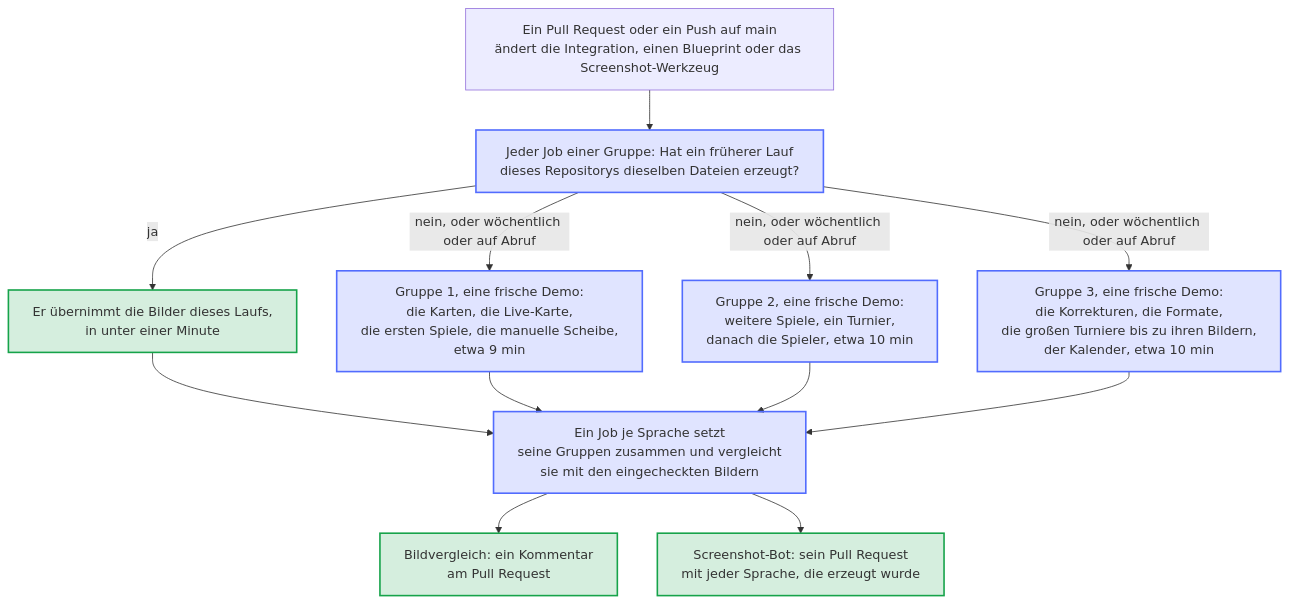
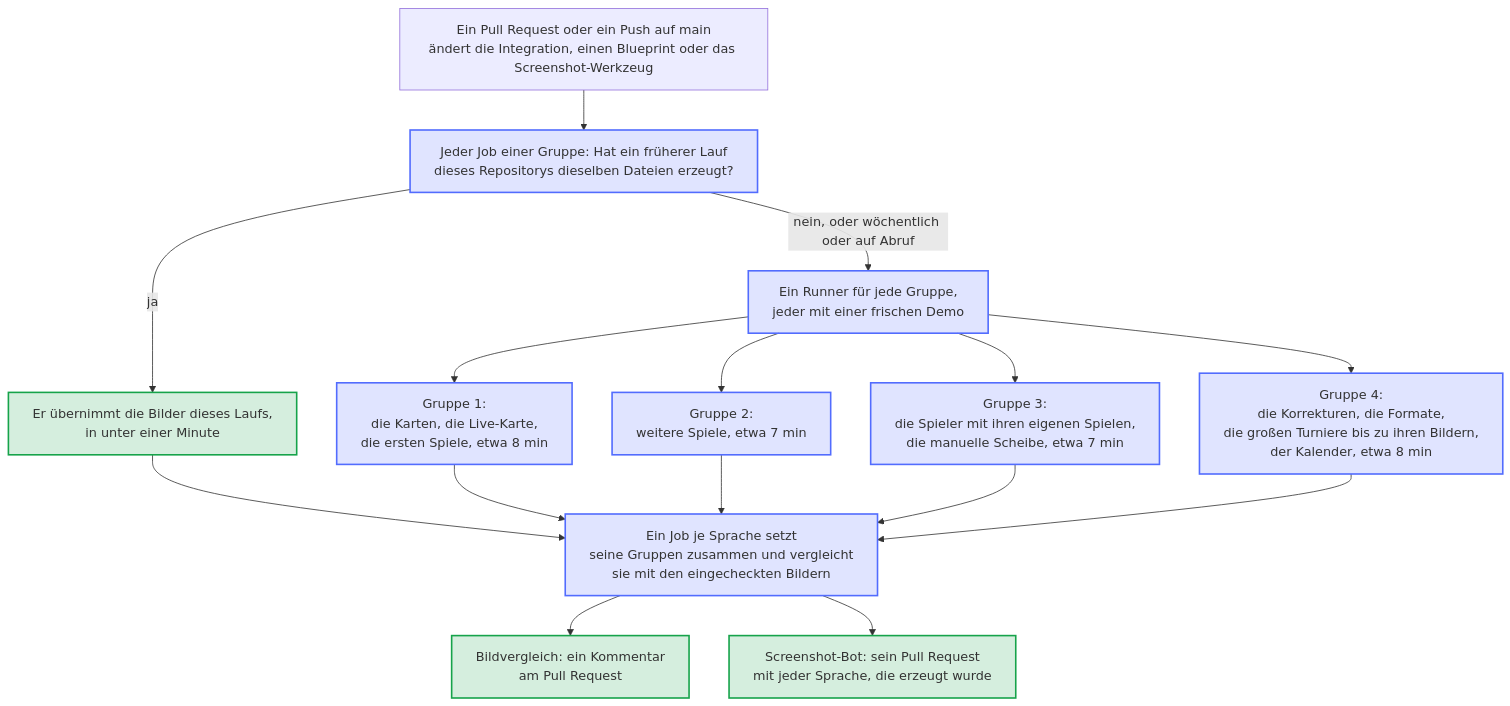
Before and after one commit to Dennis-Otto/homedarts-for-autodarts: the diagram in docs/diagrams/screenshot-groups.de.mmd, drawn with Mermaid. The commit also changed 16 other files, not shown here.

```diff
--- a/docs/diagrams/screenshot-groups.de.mmd
+++ b/docs/diagrams/screenshot-groups.de.mmd
@@ -1,24 +1,26 @@
 ---
 config:
   flowchart:
     wrappingWidth: 400
 ---
 flowchart TB
   accTitle: Wie Bildvergleich und Screenshot-Bot die Bilder in Gruppen erzeugen
-  accDescr: Jede Sprache wird in drei Gruppen gleichzeitig erzeugt, jede Gruppe auf einem eigenen Runner. Zuerst sucht jeder Job einer Gruppe einen früheren Lauf des Bildvergleichs oder des Screenshot-Bots auf einem Branch dieses Repositorys, der dieselben Dateien erzeugt hat; dessen Bilder übernimmt er in unter einer Minute. Sonst erzeugt er sie aus einer frischen Demo. Die Karten, die ersten Spiele und die Dartscheibe ohne Autodarts bilden Gruppe 1, weitere Spiele mit den Spielern Gruppe 2, die Korrekturen eines Darts, die Formate, die großen Turniere und der Kalender Gruppe 3. Danach setzt ein Job je Sprache die Bilder seiner drei Gruppen zusammen und vergleicht sie mit den eingecheckten Bildern. Der Bildvergleich schreibt den Vergleich in einen Kommentar am Pull Request; der Screenshot-Bot aktualisiert seinen Pull Request mit jeder Sprache, die erzeugt wurde.
+  accDescr: Jede Sprache wird in vier Gruppen gleichzeitig erzeugt, jede Gruppe auf einem eigenen Runner. Zuerst sucht jeder Job einer Gruppe einen früheren Lauf des Bildvergleichs oder des Screenshot-Bots auf einem Branch dieses Repositorys, der dieselben Dateien erzeugt hat; dessen Bilder übernimmt er in unter einer Minute. Sonst erzeugt er sie aus einer frischen Demo. Die Karten und die ersten Spiele bilden Gruppe 1, weitere Spiele Gruppe 2, die Spieler mit ihren eigenen Spielen und die Dartscheibe ohne Autodarts Gruppe 3, die Korrekturen eines Darts, die Formate, die großen Turniere und der Kalender Gruppe 4. Danach setzt ein Job je Sprache die Bilder seiner vier Gruppen zusammen und vergleicht sie mit den eingecheckten Bildern. Der Bildvergleich schreibt den Vergleich in einen Kommentar am Pull Request; der Screenshot-Bot aktualisiert seinen Pull Request mit jeder Sprache, die erzeugt wurde.
 
   START["Ein Pull Request oder ein Push auf main<br/>ändert die Integration, einen Blueprint oder das Screenshot-Werkzeug"] --> KEY
   KEY["Jeder Job einer Gruppe: Hat ein früherer Lauf<br/>dieses Repositorys dieselben Dateien erzeugt?"]
   KEY -->|"ja"| TAKE["Er übernimmt die Bilder dieses Laufs,<br/>in unter einer Minute"]
-  KEY -->|"nein, oder wöchentlich oder auf Abruf"| G1 & G2 & G3
-  G1["Gruppe 1, eine frische Demo:<br/>die Karten, die Live-Karte,<br/>die ersten Spiele, die manuelle Scheibe,<br/>etwa 9 min"]
-  G2["Gruppe 2, eine frische Demo:<br/>weitere Spiele, ein Turnier,<br/>danach die Spieler, etwa 10 min"]
-  G3["Gruppe 3, eine frische Demo:<br/>die Korrekturen, die Formate,<br/>die großen Turniere bis zu ihren Bildern,<br/>der Kalender, etwa 10 min"]
-  TAKE & G1 & G2 & G3 --> COLLECT["Ein Job je Sprache setzt<br/>seine Gruppen zusammen und vergleicht<br/>sie mit den eingecheckten Bildern"]
+  KEY -->|"nein, oder wöchentlich oder auf Abruf"| RENDER["Ein Runner für jede Gruppe,<br/>jeder mit einer frischen Demo"]
+  RENDER --> G1 & G2 & G3 & G4
+  G1["Gruppe 1:<br/>die Karten, die Live-Karte,<br/>die ersten Spiele, etwa 8 min"]
+  G2["Gruppe 2:<br/>weitere Spiele, etwa 7 min"]
+  G3["Gruppe 3:<br/>die Spieler mit ihren eigenen Spielen,<br/>die manuelle Scheibe, etwa 7 min"]
+  G4["Gruppe 4:<br/>die Korrekturen, die Formate,<br/>die großen Turniere bis zu ihren Bildern,<br/>der Kalender, etwa 8 min"]
+  TAKE & G1 & G2 & G3 & G4 --> COLLECT["Ein Job je Sprache setzt<br/>seine Gruppen zusammen und vergleicht<br/>sie mit den eingecheckten Bildern"]
   COLLECT --> COMMENT["Bildvergleich: ein Kommentar<br/>am Pull Request"]
   COLLECT --> BOT["Screenshot-Bot: sein Pull Request<br/>mit jeder Sprache, die erzeugt wurde"]
 
   classDef bot fill:#526cfe2e,stroke:#526cfe,stroke-width:2px
   classDef done fill:#16a34a2e,stroke:#16a34a,stroke-width:2px
-  class KEY,G1,G2,G3,COLLECT bot
+  class KEY,RENDER,G1,G2,G3,G4,COLLECT bot
   class TAKE,COMMENT,BOT done
```
